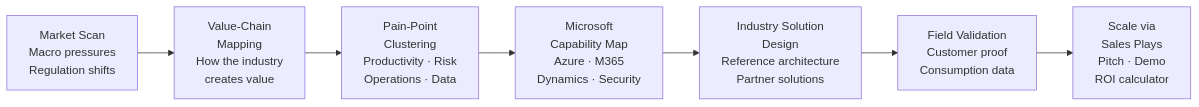
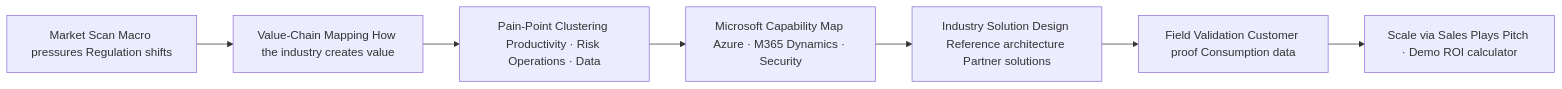
One commit to enewbold-devops/CPOR-Industry-Engagement changed the first of 23 diagrams in README.md. Above: the diagram before and after it, drawn with Mermaid. The commit also changed other lines of this file, not shown here.

````diff
--- a/README.md
+++ b/README.md
@@ -106,9 +106,9 @@
 ```mermaid
 flowchart LR
-    A[Market Scan\nMacro pressures\nRegulation shifts] --> B[Value-Chain\nMapping\nHow the industry\ncreates value]
-    B --> C[Pain-Point\nClustering\nProductivity · Risk\nOperations · Data]
-    C --> D[Microsoft\nCapability Map\nAzure · M365\nDynamics · Security]
-    D --> E[Industry Solution\nDesign\nReference architecture\nPartner solutions]
-    E --> F[Field Validation\nCustomer proof\nConsumption data]
-    F --> G[Scale via\nSales Plays\nPitch · Demo\nROI calculator]
+    A[Market Scan Macro pressures Regulation shifts] --> B[Value-Chain Mapping How the industry creates value]
+    B --> C[Pain-Point Clustering Productivity · Risk Operations · Data]
+    C --> D[Microsoft Capability Map Azure · M365 Dynamics · Security]
+    D --> E[Industry Solution Design Reference architecture Partner solutions]
+    E --> F[Field Validation Customer proof Consumption data]
+    F --> G[Scale via Sales Plays Pitch · Demo ROI calculator]
 ```
````
